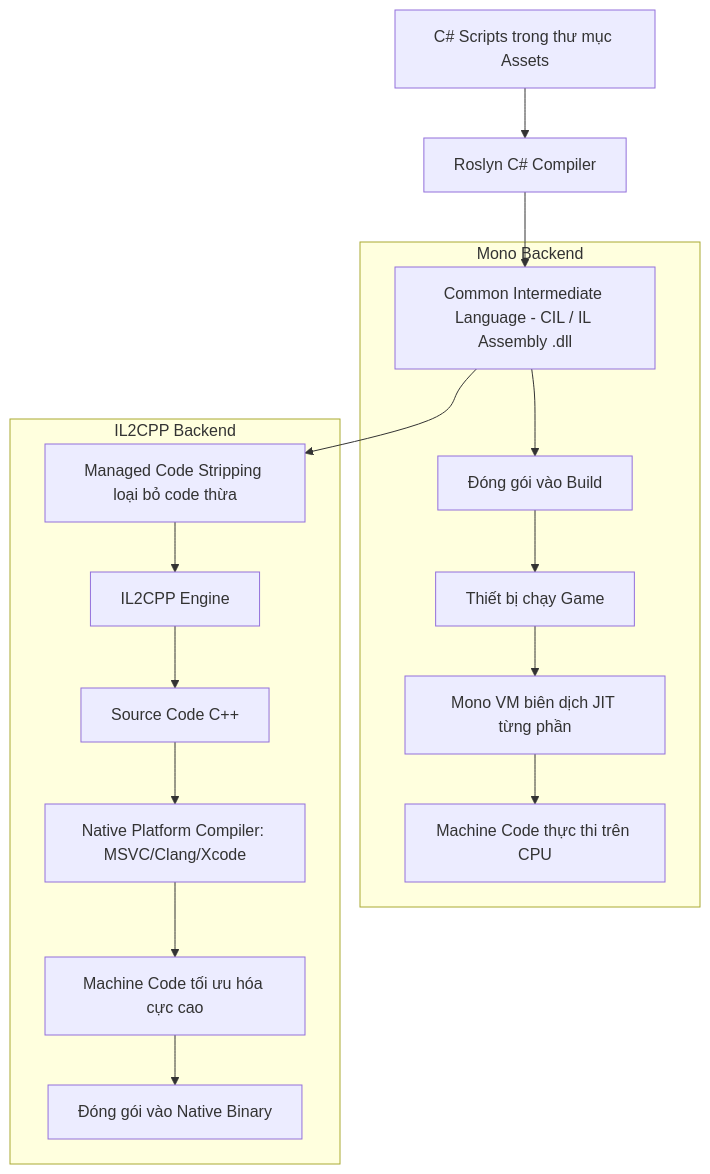
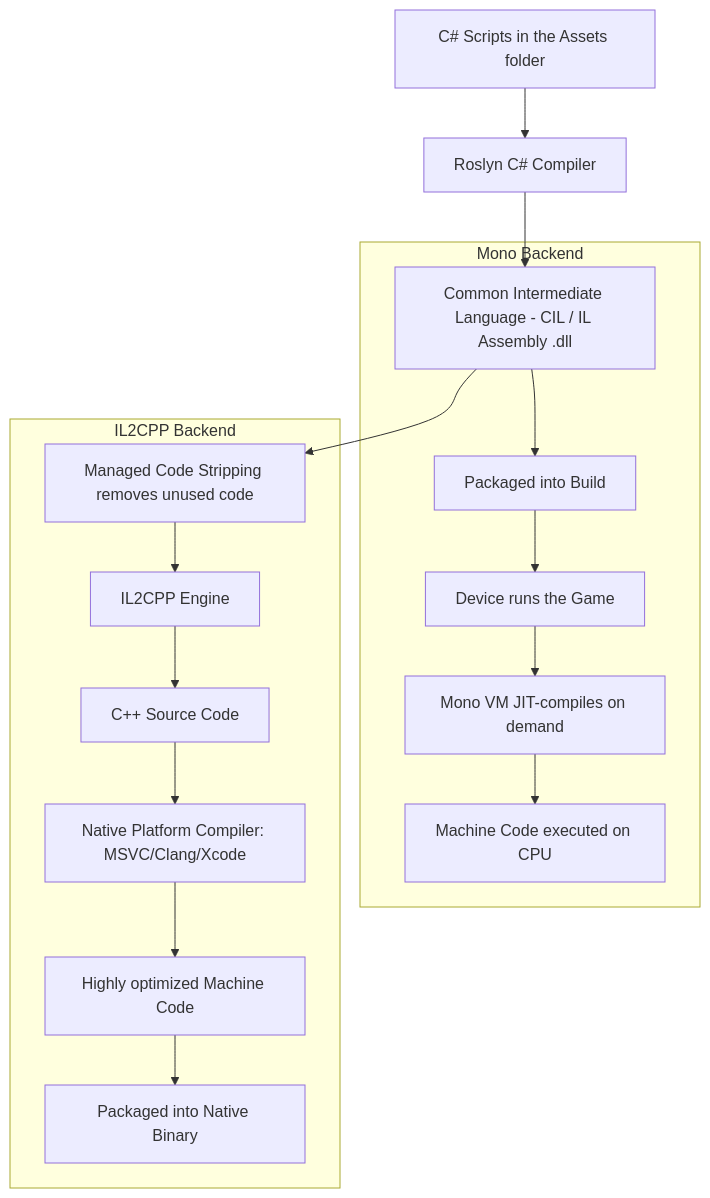
One commit to bugkodc/Road_Map_GameDev changed the diagram in Doc/en/03-Unity/01-Manual/09-Platform-Dev/00-platform-dev-overview.md. Above: the diagram before and after it, drawn with Mermaid. The commit also changed other lines of this file and 38 other files, not shown here.

First line of the commit message:
Translate residual Vietnamese in English docs (diagrams, code, strings)

````diff
--- a/Doc/en/03-Unity/01-Manual/09-Platform-Dev/00-platform-dev-overview.md
+++ b/Doc/en/03-Unity/01-Manual/09-Platform-Dev/00-platform-dev-overview.md
@@ -82,21 +82,21 @@
 ```mermaid
 graph TD
-    A[C# Scripts trong thư mục Assets] --> B[Roslyn C# Compiler]
+    A[C# Scripts in the Assets folder] --> B[Roslyn C# Compiler]
     B --> C[Common Intermediate Language - CIL / IL Assembly .dll]
     
     subgraph Mono Backend
-        C --> D[Đóng gói vào Build]
-        D --> E[Thiết bị chạy Game]
-        E --> F[Mono VM biên dịch JIT từng phần]
-        F --> G[Machine Code thực thi trên CPU]
+        C --> D[Packaged into Build]
+        D --> E[Device runs the Game]
+        E --> F[Mono VM JIT-compiles on demand]
+        F --> G[Machine Code executed on CPU]
     end
 
     subgraph IL2CPP Backend
-        C --> H[Managed Code Stripping loại bỏ code thừa]
+        C --> H[Managed Code Stripping removes unused code]
         H --> I[IL2CPP Engine]
-        I --> J[Source Code C++]
+        I --> J[C++ Source Code]
         J --> K[Native Platform Compiler: MSVC/Clang/Xcode]
-        K --> L[Machine Code tối ưu hóa cực cao]
-        L --> M[Đóng gói vào Native Binary]
+        K --> L[Highly optimized Machine Code]
+        L --> M[Packaged into Native Binary]
     end
 ```
````
